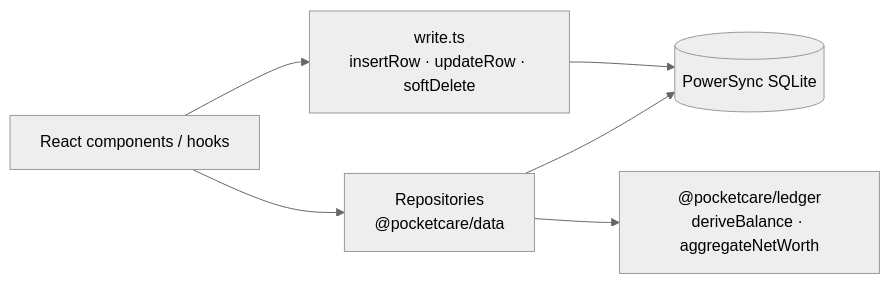
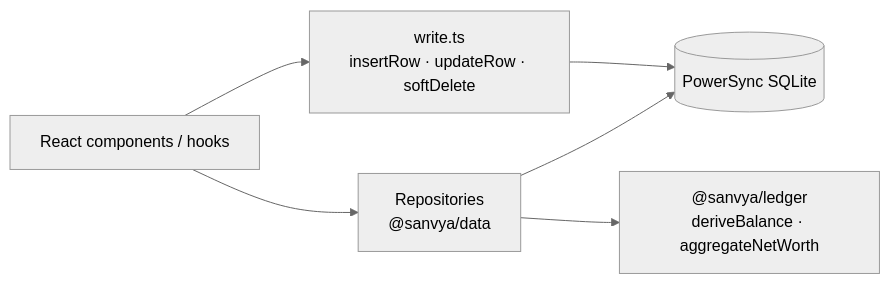
The fifth of 5 diagrams in docs/architecture/02-data-model.md (replyto-pocketcare/pocketcare-app), drawn with Mermaid (neutral theme) before and after one commit. The commit also changed other lines of this file and 451 other files, not shown here.

Commit message:
refactor: Rename SanvyaSchema and sanvya.db to PocketCareSchema and pocketcare.db

````diff
--- a/docs/architecture/02-data-model.md
+++ b/docs/architecture/02-data-model.md
@@ -269,8 +269,8 @@
 ```mermaid
 flowchart LR
-    UI["React components / hooks"] --> Repos["Repositories<br/>@pocketcare/data"]
+    UI["React components / hooks"] --> Repos["Repositories<br/>@sanvya/data"]
     UI --> WriteH["write.ts<br/>insertRow · updateRow · softDelete"]
     Repos --> PS[("PowerSync SQLite")]
     WriteH --> PS
-    Repos --> Ledger["@pocketcare/ledger<br/>deriveBalance · aggregateNetWorth"]
+    Repos --> Ledger["@sanvya/ledger<br/>deriveBalance · aggregateNetWorth"]
 ```
````
